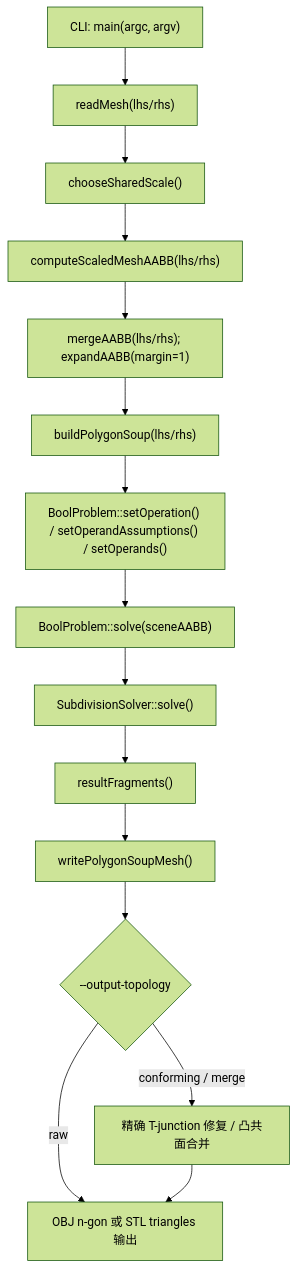
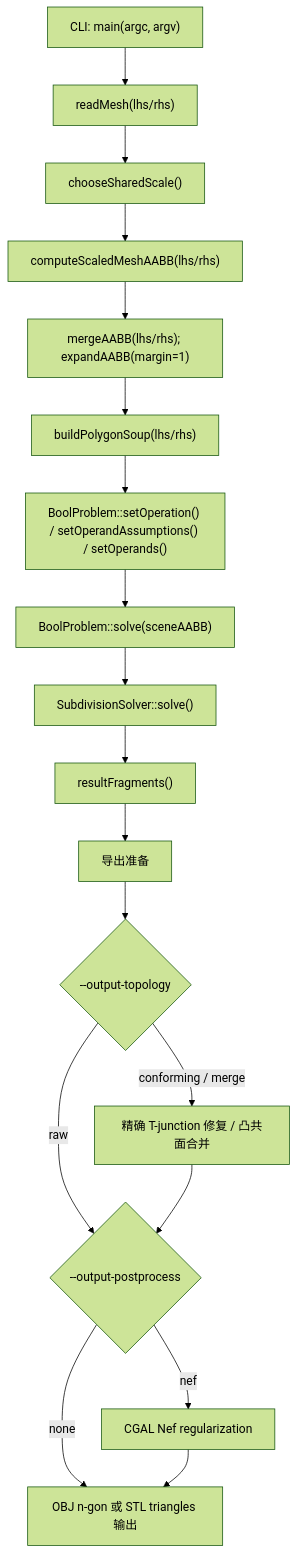
Before and after one commit to SDU-YueQiu/re-EMBER: the first of 13 diagrams in docs/core-logic-flow.md, drawn with Mermaid (forest theme). The commit also changed other lines of this file and 11 other files, not shown here.

````diff
--- a/docs/core-logic-flow.md
+++ b/docs/core-logic-flow.md
@@ -32,17 +32,20 @@
 ```mermaid
 flowchart TD
     A["CLI: main(argc, argv)"] --> B["readMesh(lhs/rhs)"]
     B --> C["chooseSharedScale()"]
     C --> D["computeScaledMeshAABB(lhs/rhs)"]
     D --> E["mergeAABB(lhs/rhs); expandAABB(margin=1)"]
     E --> F["buildPolygonSoup(lhs/rhs)"]
     F --> G["BoolProblem::setOperation() / setOperandAssumptions() / setOperands()"]
     G --> H["BoolProblem::solve(sceneAABB)"]
     H --> I["SubdivisionSolver::solve()"]
     I --> J["resultFragments()"]
-    J --> K["writePolygonSoupMesh()"]
+    J --> K["导出准备"]
     K --> K1{"--output-topology"}
-    K1 -->|"raw"| L["OBJ n-gon 或 STL triangles 输出"]
+    K1 -->|"raw"| P{"--output-postprocess"}
     K1 -->|"conforming / merge"| M["精确 T-junction 修复 / 凸共面合并"]
-    M --> L
+    M --> P
+    P -->|"none"| L["OBJ n-gon 或 STL triangles 输出"]
+    P -->|"nef"| N["CGAL Nef regularization"]
+    N --> L
 ```
````
